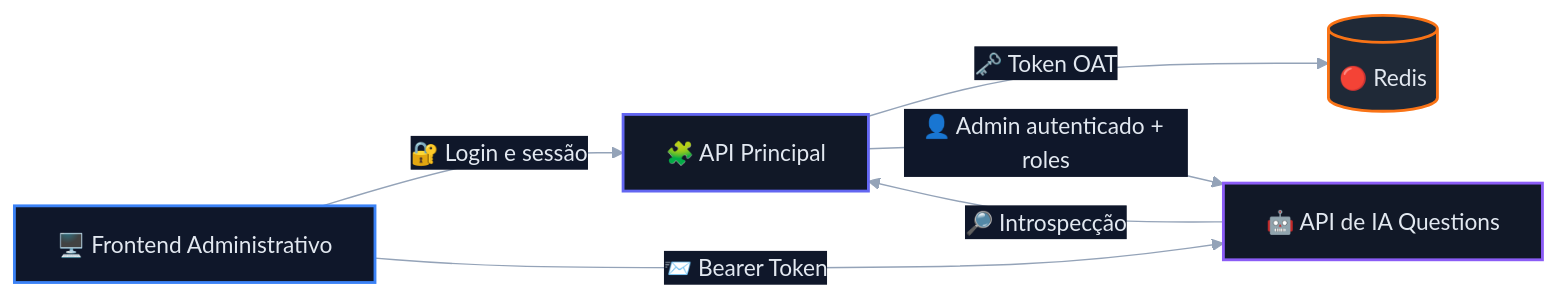
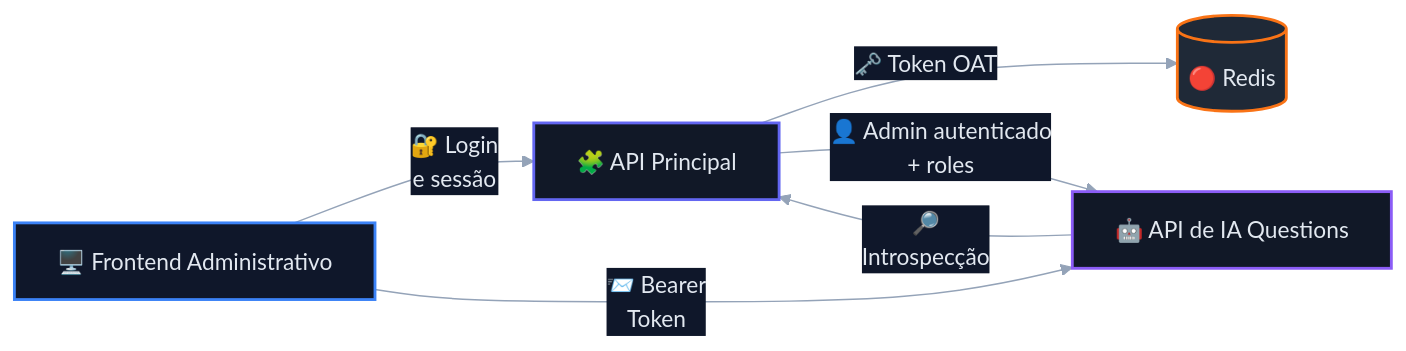
One commit to matheusdiamantino-betalent/IA changed the first of 8 diagrams in RFC-0001-Auth.md. Above: the diagram before and after it, drawn with Mermaid. The commit also changed other lines of this file, not shown here.

````diff
--- a/RFC-0001-Auth.md
+++ b/RFC-0001-Auth.md
@@ -227,34 +227,38 @@
 ```mermaid
 %%{init: {'theme':'base','themeVariables': {
   'primaryColor':'#0f172a',
   'primaryTextColor':'#e2e8f0',
   'primaryBorderColor':'#475569',
   'lineColor':'#94a3b8',
   'secondaryColor':'#111827',
   'tertiaryColor':'#1e293b',
   'background':'#020617',
   'mainBkg':'#0f172a',
   'secondBkg':'#111827',
   'tertiaryBkg':'#1e293b',
   'clusterBkg':'#0b1220',
   'clusterBorder':'#334155',
   'edgeLabelBackground':'#0f172a',
   'fontFamily':'Inter, Segoe UI, Arial'
 }}}%%
 flowchart LR
     FE[🖥️ Frontend Administrativo]
     AP[🧩 API Principal]
     RD[(🔴 Redis)]
     IA[🤖 API de IA Questions]
 
-    FE -->|🔐 Login e sessão| AP
+    FE -->|🔐 Login
+e sessão| AP
     AP -->|🗝️ Token OAT| RD
-    FE -->|📨 Bearer Token| IA
-    IA -->|🔎 Introspecção| AP
-    AP -->|👤 Admin autenticado + roles| IA
+    FE -->|📨 Bearer
+Token| IA
+    IA -->|🔎
+Introspecção| AP
+    AP -->|👤 Admin autenticado
++ roles| IA
 
     style FE fill:#0f172a,stroke:#3b82f6,stroke-width:2px,color:#e2e8f0
     style AP fill:#111827,stroke:#6366f1,stroke-width:2px,color:#e2e8f0
     style IA fill:#111827,stroke:#8b5cf6,stroke-width:2px,color:#e2e8f0
     style RD fill:#1f2937,stroke:#f97316,stroke-width:2px,color:#e2e8f0
 ```
````
